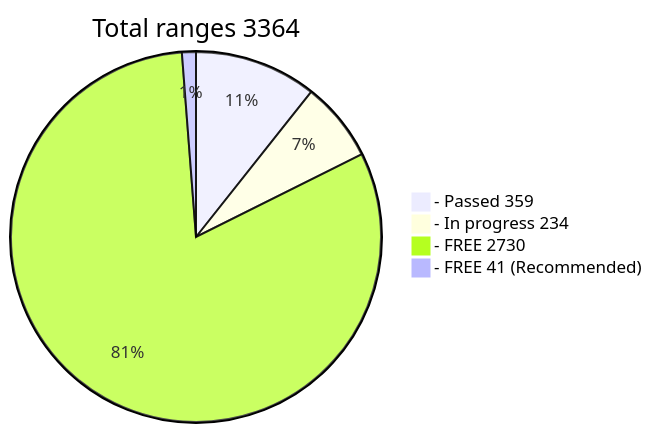
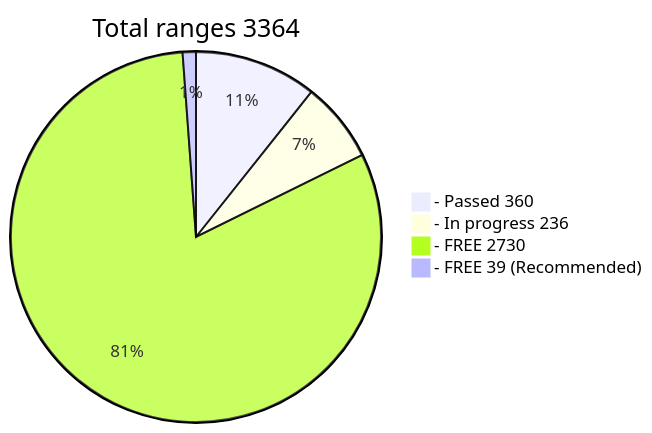
The diagram in x64/Release/table.md (phrutis/wif500), drawn with Mermaid before and after one commit. The commit also changed other lines of this file, not shown here.

````diff
--- a/x64/Release/table.md
+++ b/x64/Release/table.md
@@ -2,7 +2,7 @@
 ```mermaid
 pie title Total ranges 3364
-  "- Passed 359" : 359
-  "- In progress 234" : 234
+  "- Passed 360" : 360
+  "- In progress 236" : 236
   "- FREE 2730" : 2730
-  "- FREE 41 (Recommended)" : 41
+  "- FREE 39 (Recommended)" : 39
 ```
````
